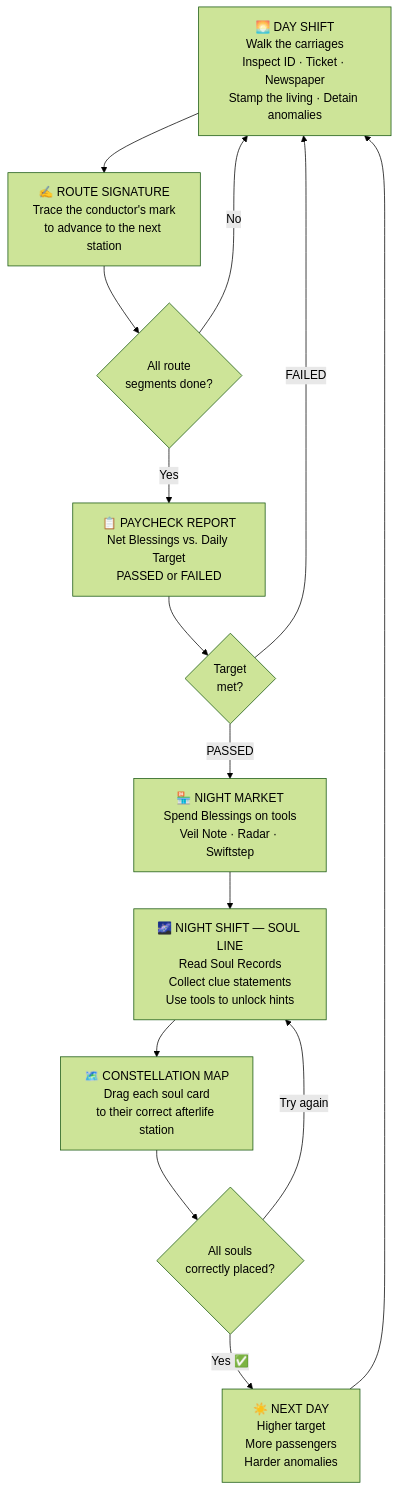
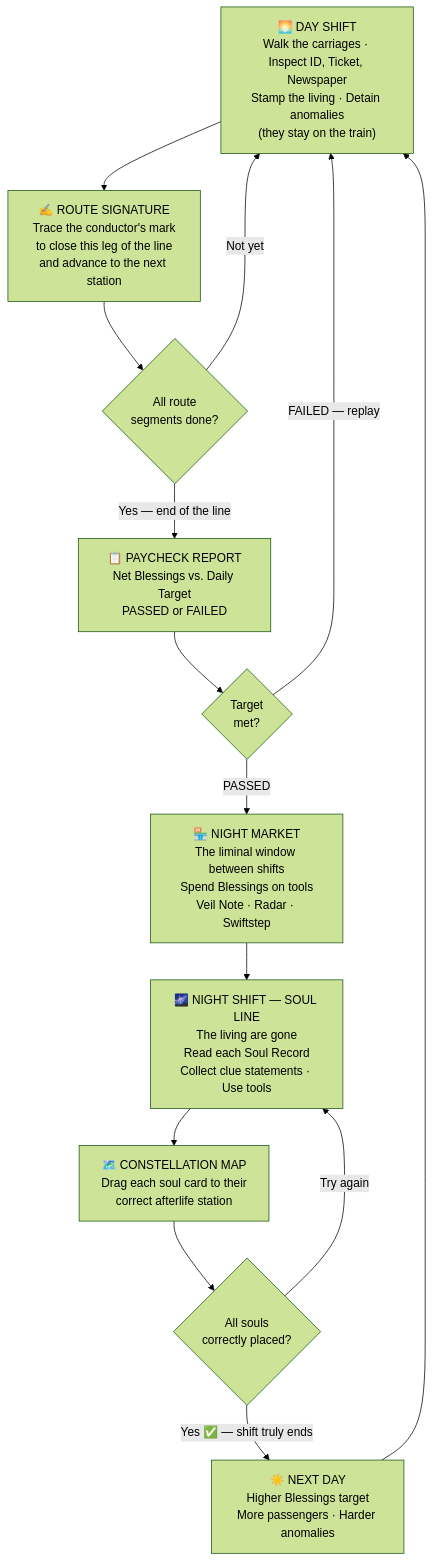
The first of 2 diagrams in pitchdeck.md (mir4na/game-today-2026), drawn with Mermaid (forest theme) before and after one commit. The commit also changed other lines of this file and 16 other files, not shown here.

````diff
--- a/pitchdeck.md
+++ b/pitchdeck.md
@@ -144,16 +187,16 @@
 ```mermaid
 flowchart TD
-    A["🌅 DAY SHIFT\nWalk the carriages\nInspect ID · Ticket · Newspaper\nStamp the living · Detain anomalies"] --> B["✍️ ROUTE SIGNATURE\nTrace the conductor's mark\nto advance to the next station"]
+    A["🌅 DAY SHIFT\nWalk the carriages · Inspect ID, Ticket, Newspaper\nStamp the living · Detain anomalies\n(they stay on the train)"] --> B["✍️ ROUTE SIGNATURE\nTrace the conductor's mark\nto close this leg of the line\nand advance to the next station"]
     B --> C{"All route\nsegments done?"}
-    C -->|No| A
-    C -->|Yes| D["📋 PAYCHECK REPORT\nNet Blessings vs. Daily Target\nPASSED or FAILED"]
+    C -->|Not yet| A
+    C -->|"Yes — end of the line"| D["📋 PAYCHECK REPORT\nNet Blessings vs. Daily Target\nPASSED or FAILED"]
     D --> E{"Target\nmet?"}
-    E -->|FAILED| A
-    E -->|PASSED| F["🏪 NIGHT MARKET\nSpend Blessings on tools\nVeil Note · Radar · Swiftstep"]
-    F --> G["🌌 NIGHT SHIFT — SOUL LINE\nRead Soul Records\nCollect clue statements\nUse tools to unlock hints"]
-    G --> H["🗺️ CONSTELLATION MAP\nDrag each soul card\nto their correct afterlife station"]
+    E -->|"FAILED — replay"| A
+    E -->|PASSED| F["🏪 NIGHT MARKET\nThe liminal window between shifts\nSpend Blessings on tools\nVeil Note · Radar · Swiftstep"]
+    F --> G["🌌 NIGHT SHIFT — SOUL LINE\nThe living are gone\nRead each Soul Record\nCollect clue statements · Use tools"]
+    G --> H["🗺️ CONSTELLATION MAP\nDrag each soul card to their\ncorrect afterlife station"]
     H --> I{"All souls\ncorrectly placed?"}
     I -->|Try again| G
-    I -->|Yes ✅| J["☀️ NEXT DAY\nHigher target\nMore passengers\nHarder anomalies"]
+    I -->|"Yes ✅ — shift truly ends"| J["☀️ NEXT DAY\nHigher Blessings target\nMore passengers · Harder anomalies"]
     J --> A
 ```
````
